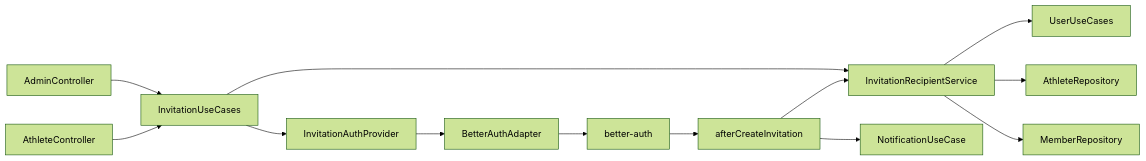
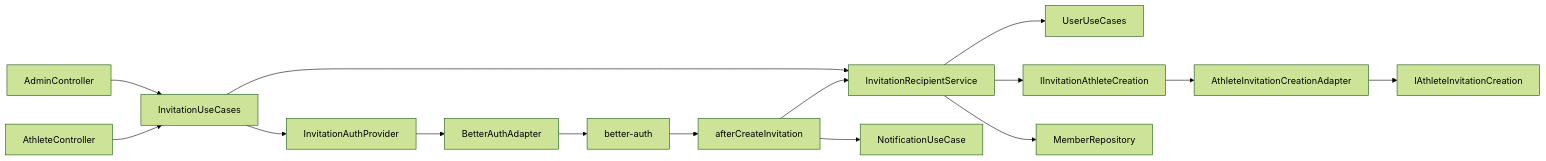
One commit to Netsbump/dropit changed the fifth of 6 diagrams in apps/api/src/modules/invitations/README.md. Above: the diagram before and after it, drawn with Mermaid (forest theme). The commit also changed other lines of this file and 17 other files, not shown here.

First line of the commit message:
feat(api): add athlete creation from invitations and relocate uuid helpers

````diff
--- a/apps/api/src/modules/invitations/README.md
+++ b/apps/api/src/modules/invitations/README.md
@@ -96,18 +100,20 @@
 ```mermaid
 flowchart LR
   A[AdminController] --> C[InvitationUseCases]
   B[AthleteController] --> C
 
   C --> D[InvitationRecipientService]
   D --> E[UserUseCases]
-  D --> F[AthleteRepository]
-  D --> G[MemberRepository]
+  D --> F[IInvitationAthleteCreation]
+  F --> G[AthleteInvitationCreationAdapter]
+  G --> H[IAthleteInvitationCreation]
+  D --> I[MemberRepository]
 
-  C --> H[InvitationAuthProvider]
-  H --> I[BetterAuthAdapter]
-  I --> J[better-auth]
+  C --> J[InvitationAuthProvider]
+  J --> K[BetterAuthAdapter]
+  K --> L[better-auth]
 
-  J --> K[afterCreateInvitation]
-  K --> D
-  K --> L[NotificationUseCase]
+  L --> M[afterCreateInvitation]
+  M --> D
+  M --> N[NotificationUseCase]
 ```
````
